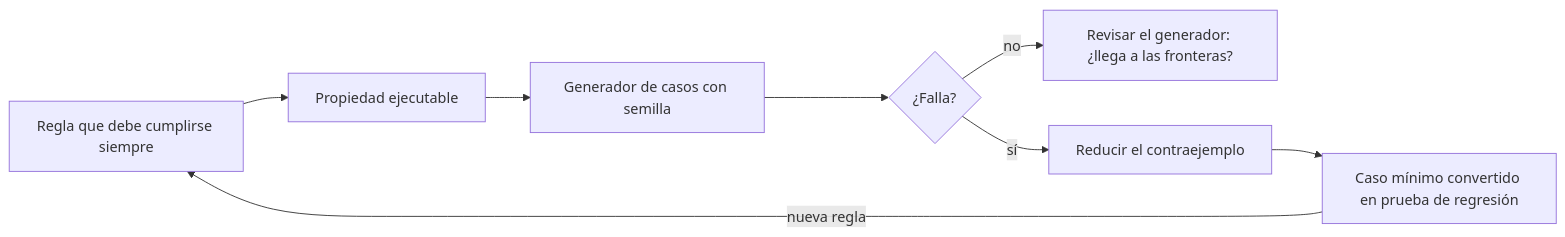
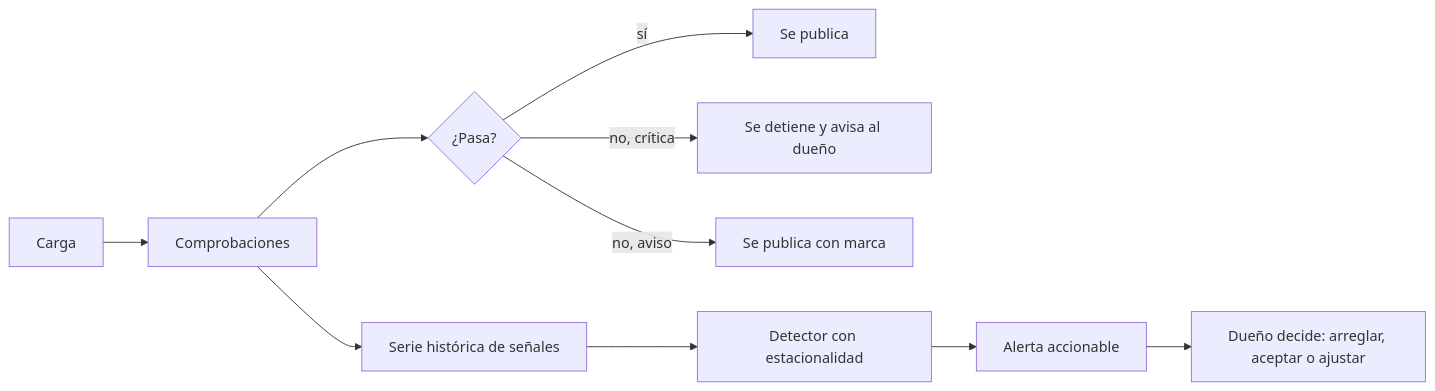
The diagram in content/part-30/SE-365.md (vladimiracunadev-create/modern-software-engineering-program), drawn with Mermaid before and after one commit. The commit also changed other lines of this file and 5193 other files, not shown here.

````diff
--- a/content/part-30/SE-365.md
+++ b/content/part-30/SE-365.md
@@ -56,10 +56,12 @@
 ```mermaid
 flowchart LR
-    A[Regla que debe cumplirse siempre] --> B[Propiedad ejecutable]
-    B --> C[Generador de casos con semilla]
-    C --> D{¿Falla?}
-    D -->|no| E[Revisar el generador: ¿llega a las fronteras?]
-    D -->|sí| F[Reducir el contraejemplo]
-    F --> G[Caso mínimo convertido en prueba de regresión]
-    G -->|nueva regla| A
+    A[Carga] --> B[Comprobaciones]
+    B --> C{¿Pasa?}
+    C -->|sí| D[Se publica]
+    C -->|no, crítica| E[Se detiene y avisa al dueño]
+    C -->|no, aviso| F[Se publica con marca]
+    B --> G[Serie histórica de señales]
+    G --> H[Detector con estacionalidad]
+    H --> I[Alerta accionable]
+    I --> J[Dueño decide: arreglar, aceptar o ajustar]
 ```
````
